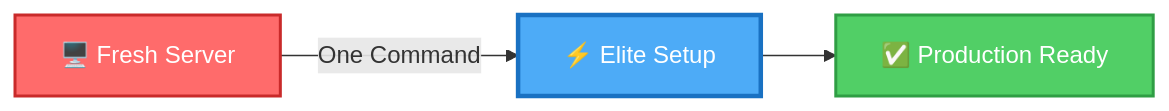
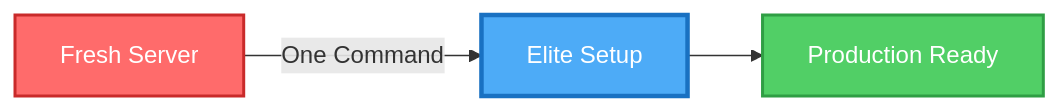
One commit to naveed-gung/Auto-Server-Script changed the first of 7 diagrams in README.md. Above: the diagram before and after it, drawn with Mermaid. The commit also changed other lines of this file and 1 other file, not shown here.

````diff
--- a/README.md
+++ b/README.md
@@ -95,9 +95,9 @@
 ```mermaid
 graph LR
-    A[🖥️ Fresh Server] -->|One Command| B[⚡ Elite Setup]
-    B --> C[✅ Production Ready]
-    
-    style A fill:#ff6b6b,stroke:#c92a2a,stroke-width:2px,color:#fff
-    style B fill:#4dabf7,stroke:#1971c2,stroke-width:3px,color:#fff
-    style C fill:#51cf66,stroke:#2f9e44,stroke-width:2px,color:#fff
+A[Fresh Server] -->|One Command| B[Elite Setup]
+B --> C[Production Ready]
+
+style A fill:#ff6b6b,stroke:#c92a2a,stroke-width:2px,color:#fff
+style B fill:#4dabf7,stroke:#1971c2,stroke-width:3px,color:#fff
+style C fill:#51cf66,stroke:#2f9e44,stroke-width:2px,color:#fff
 ```
````
